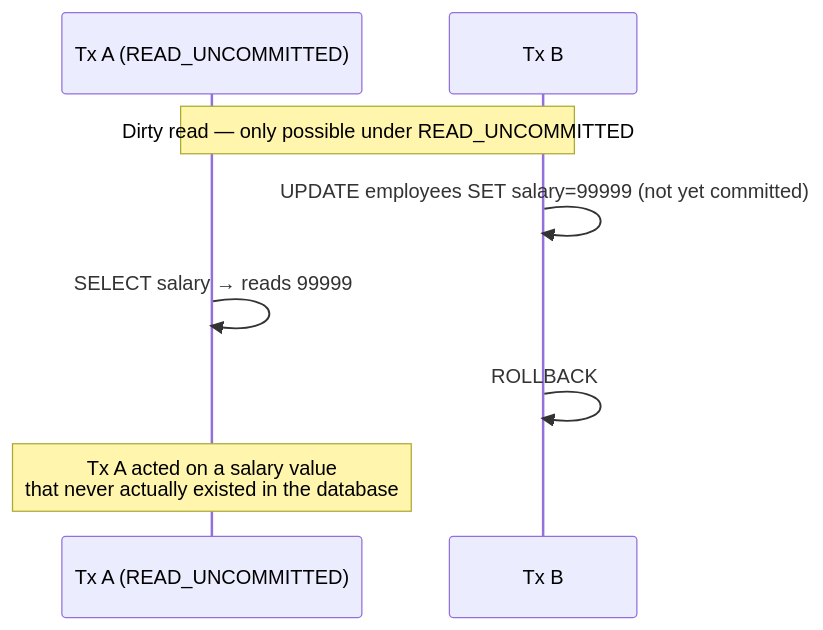
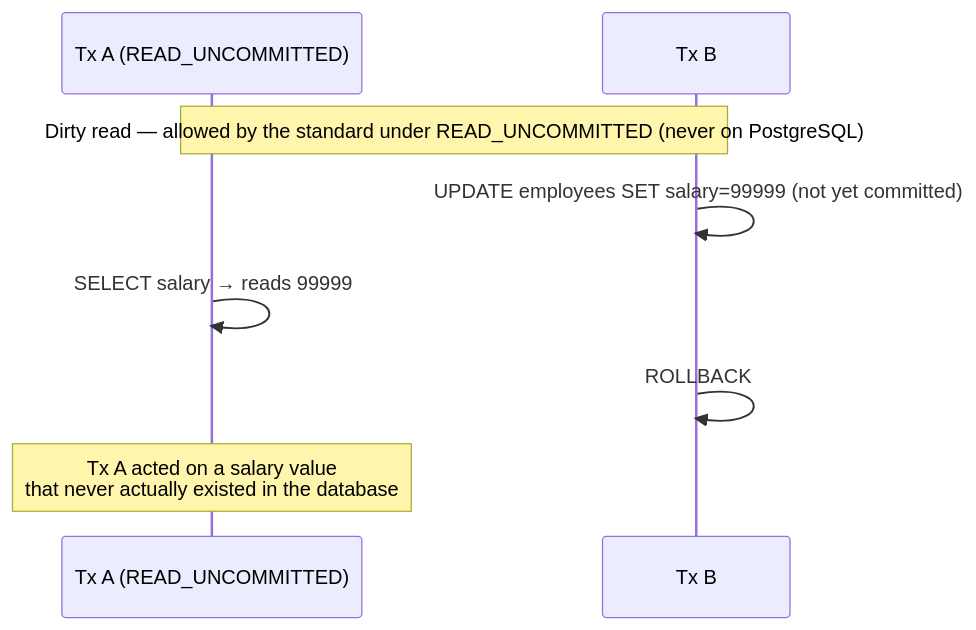
Before and after one commit to himnay/learning-database: diagram 19 of 26 in database-core/README.md, drawn with Mermaid. The commit also changed other lines of this file and 3 other files, not shown here.

First line of the commit message:
docs: SQL/PGQ is 19-beta-only; PostgreSQL accuracy pass

````diff
--- a/database-core/README.md
+++ b/database-core/README.md
@@ -1975,10 +1937,10 @@
 ```mermaid
 sequenceDiagram
     participant A as Tx A (READ_UNCOMMITTED)
     participant B as Tx B
-    Note over A,B: Dirty read — only possible under READ_UNCOMMITTED
+    Note over A,B: Dirty read — allowed by the standard under READ_UNCOMMITTED (never on PostgreSQL)
     B->>B: UPDATE employees SET salary=99999 (not yet committed)
     A->>A: SELECT salary → reads 99999
     B->>B: ROLLBACK
     Note over A: Tx A acted on a salary value<br/>that never actually existed in the database
 ```
````
